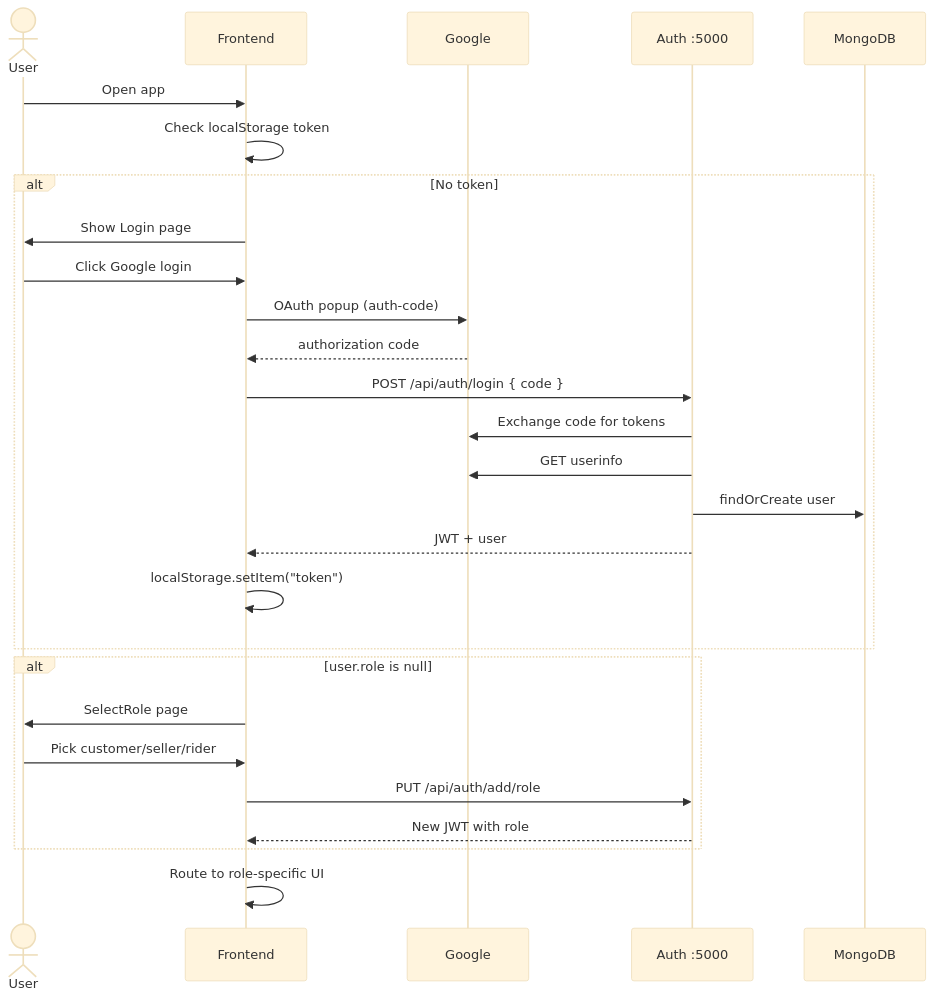
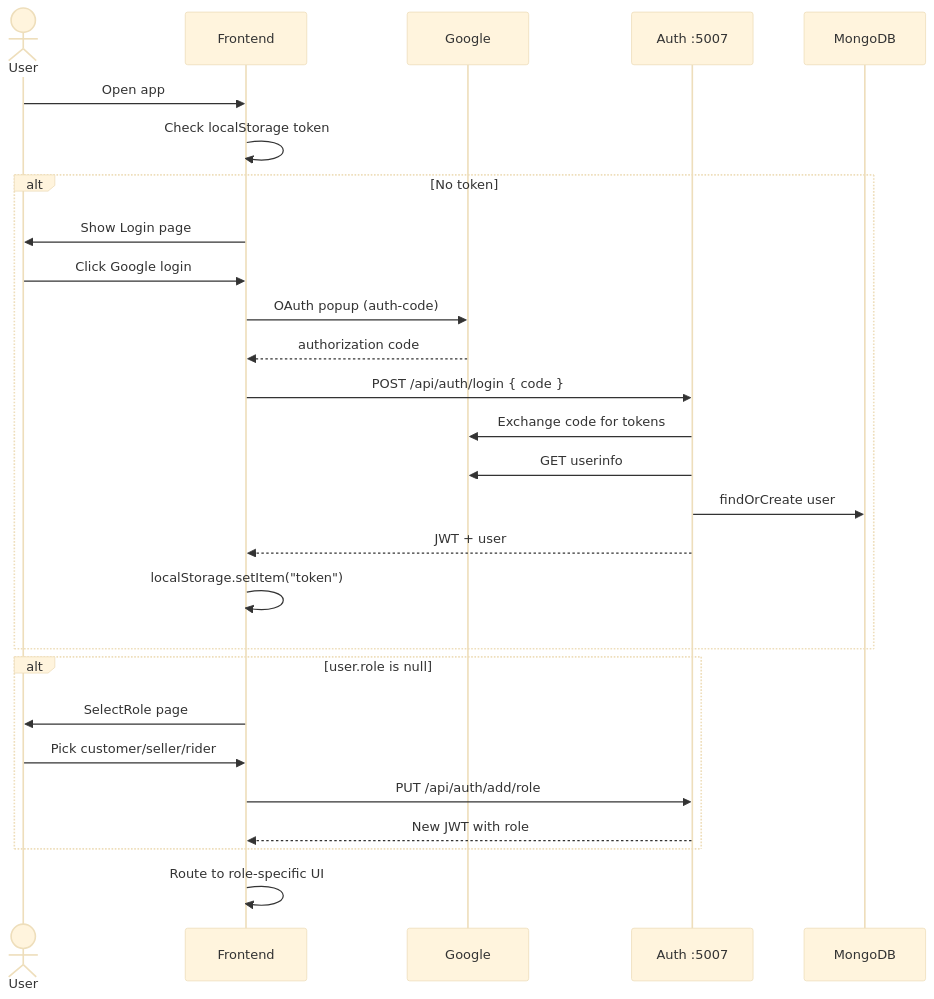
Before and after one commit to subhm2004/ByteBites: the fourth of 6 diagrams in VIVA_DOCUMENTATION.md, drawn with Mermaid (base theme). The commit also changed other lines of this file and 23 other files, not shown here.

````diff
--- a/VIVA_DOCUMENTATION.md
+++ b/VIVA_DOCUMENTATION.md
@@ -1244,30 +1257,30 @@
 ```mermaid
 sequenceDiagram
     actor U as User
     participant FE as Frontend
     participant G as Google
-    participant A as Auth :5000
+    participant A as Auth :5007
     participant DB as MongoDB
 
     U->>FE: Open app
     FE->>FE: Check localStorage token
     alt No token
         FE->>U: Show Login page
         U->>FE: Click Google login
         FE->>G: OAuth popup (auth-code)
         G-->>FE: authorization code
         FE->>A: POST /api/auth/login { code }
         A->>G: Exchange code for tokens
         A->>G: GET userinfo
         A->>DB: findOrCreate user
         A-->>FE: JWT + user
         FE->>FE: localStorage.setItem("token")
     end
     alt user.role is null
         FE->>U: SelectRole page
         U->>FE: Pick customer/seller/rider
         FE->>A: PUT /api/auth/add/role
         A-->>FE: New JWT with role
     end
     FE->>FE: Route to role-specific UI
 ```
````
